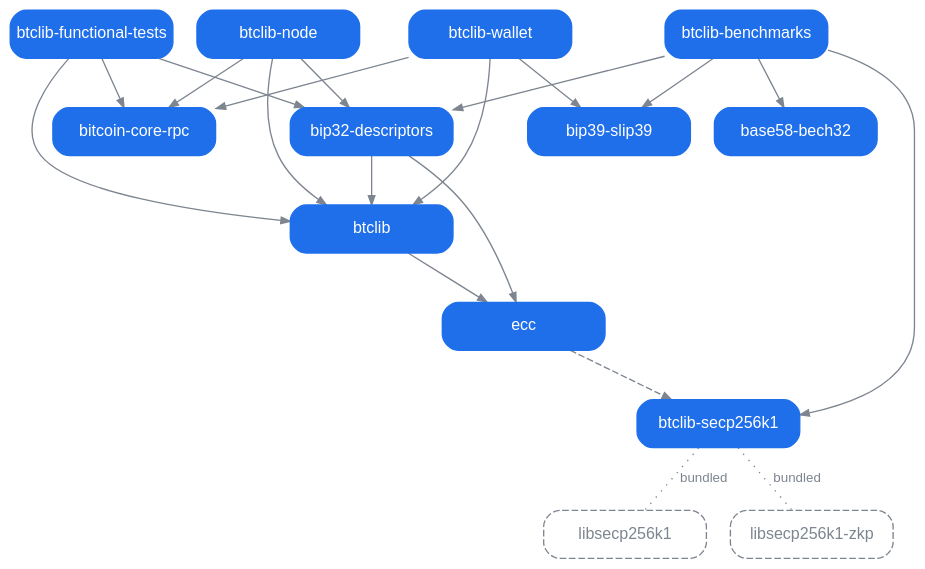
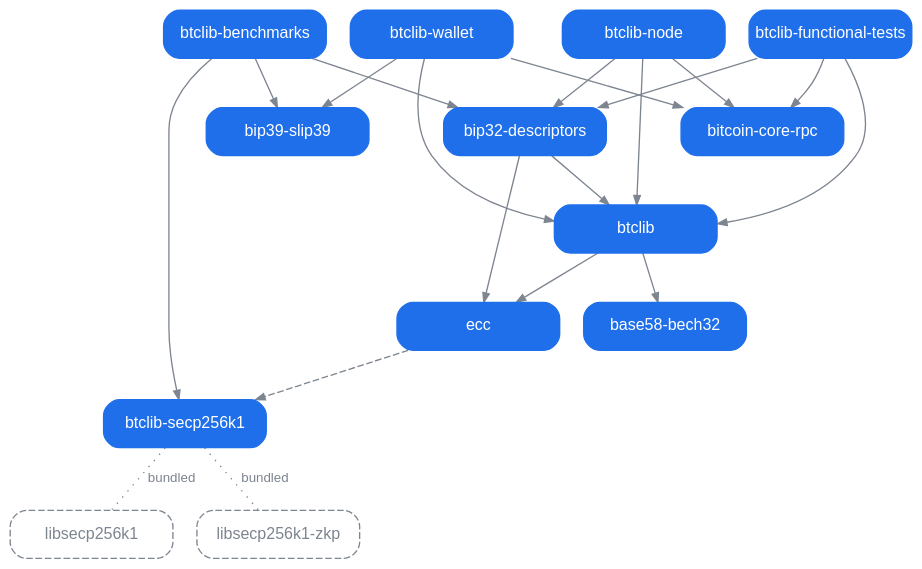
The diagram in profile/dependencies.dot (btclib-org/.github), drawn with Graphviz before and after one commit. The commit also changed 1 other file, not shown here.

Commit message:
Draw btclib's arrow to base58-bech32 (closes #2121) (#2122)
btclib's dependencies require base58-bech32>=2026.10.23 since
PR btclib-org/btclib#2961, and no drawn arrow installed it from btclib.
tests/dependencies_test.py failed with BTCLIB_INTEGRATION set, for
btclib, bip32-descriptors, btclib-functional-tests, btclib-node and
btclib-wallet.

The new arrow is solid. It leaves btclib from the left, runs up the left
of bitcoin-core-rpc and enters base58-bech32 from below.

btclib-benchmarks' arrow to base58-bech32 is removed: btclib-benchmarks
installs it through bip32-descriptors and btclib, and the test refuses
an arrow the others imply.

dependencies.svg is rendered again from the source, by the
render-dependencies hook with @hpcc-js/wasm-graphviz 1.29.2. Its
other elements keep their places: without that arrow's route along the
bottom and the right, the canvas is 5 points shorter and 15 narrower,
and every other y coordinate in the file moves 5 points with it.

```diff
--- a/profile/dependencies.dot
+++ b/profile/dependencies.dot
@@ -1,107 +1,107 @@
 // How the organization's packages depend on each other: the source of
 // dependencies.svg beside it, which profile/README.md shows.
 //
 // A node is the `[project]` name of every tree of the organization that
 // builds a distribution, `[build-system]` being what says it does. A tree
 // that builds none is not drawn, and neither is an arrow into or out of
 // one. A grey dashed outline is not a package of the organization but a C
 // library one of them bundles: the submodule `X` of such a tree is the
 // node `libX`.
 //
 // An arrow points from a project up to what it depends on: solid where
 // `dependencies` in its pyproject.toml names the target, and dashed where
 // only an `optional-dependencies` extra does. An arrow is drawn only
 // where the dependent, bare or with one of its extras, does not already
 // install its target, with the extras it asks of it, through the arrows
 // that are drawn: `btclib-wallet[secp256k1]` asks `btclib[secp256k1]`,
 // which asks `ecc[secp256k1]`, so `btclib-wallet`'s own requirement of
 // `btclib-secp256k1` draws nothing, while `btclib-node` asks
 // `btclib[secp256k1]` and `bip32-descriptors`' `dependencies` ask bare
 // `btclib`, so `btclib-node`'s arrow to `btclib` is drawn beside its
 // arrow to `bip32-descriptors`. The extras are written nowhere, and
 // dependency groups are left out, being what a checkout of the tree
 // installs rather than what a user of the package does. A requirement on
 // a name no tree builds, a retired one included, draws nothing. A dotted
 // line with no arrowhead, labelled `bundled`, joins a package to a C
 // library that is a submodule of its tree, built into the package rather
 // than installed beside it.
 // tests/dependencies_test.py compares this file with every tree's
 // pyproject.toml and .gitmodules, and names every requirement on a
 // retired name.
 //
 // Every position is set by hand and rendered as it stands, by neato with
 // `nop: 2` in .github/scripts/render_dependencies.mjs, which takes the
 // nodes and the edges where they are written. A node's `pos` is its
 // centre in points, y growing upward, and a row is a level: what a
 // package depends on sits above it, in four columns 145 apart. An edge's
 // `pos` is its route as the control points of a spline whose segments
 // are straight, `e,` giving where the arrowhead's tip lands, and a
 // label's `lp` is where it is written. `bip32-descriptors` sits under
 // `btclib` and `btclib-benchmarks` under it, so that the arrows of
 // `btclib-functional-tests` and `btclib-node` into `btclib` pass on
 // either side of `bip32-descriptors`. Every other arrow of
 // `btclib-benchmarks` leaves its box from below and runs round the
 // outside.
 //
 // The colours are for a transparent background under both of GitHub's
 // themes: text sits on the fill of its box, and the grey of the arrows
 // and of the outlined C libraries reads on the light theme's white and
 // the dark theme's near-black.
 digraph dependencies {
     graph [bgcolor="transparent", outputorder=edgesfirst, pad=0.2];
     node [shape=box, style="rounded,filled", color="#1f6feb", fillcolor="#1f6feb",
           fontcolor="#ffffff", fontname="Helvetica", fontsize=12, width=1.7, height=0.5, fixedsize=true];
     edge [color="#7d8590", fontcolor="#7d8590", fontname="Helvetica", fontsize=10, arrowsize=0.7];
 
     "libsecp256k1"     [pos="290,560", style="rounded,dashed", color="#7d8590", fontcolor="#7d8590"];
     "libsecp256k1-zkp" [pos="435,560", style="rounded,dashed", color="#7d8590", fontcolor="#7d8590"];
     "base58-bech32"    [pos="145,560"];
     "bip39-slip39"     [pos="0,560"];
     "bitcoin-core-rpc" [pos="145,460"];
     "btclib-secp256k1" [pos="290,460"];
     "ecc"              [pos="290,360"];
     "btclib"           [pos="290,260"];
     "btclib-wallet"           [pos="0,160"];
     "bip32-descriptors"       [pos="290,160"];
     "btclib-functional-tests" [pos="145,60"];
     "btclib-benchmarks"       [pos="290,60"];
     "btclib-node"             [pos="435,60"];
 
     "btclib-secp256k1" -> "libsecp256k1" [style=dotted, arrowhead=none, label="bundled", lp="262,510",
         pos="290,478 290,478 290,542 290,542"];
     "btclib-secp256k1" -> "libsecp256k1-zkp" [style=dotted, arrowhead=none, label="bundled", lp="463,526",
         pos="320,478 320,478 320,510 320,510 320,510 435,510 435,510 435,510 435,542 435,542"];
     "ecc" -> "btclib-secp256k1" [style=dashed,
         pos="e,290,442 290,378 290,378 290,435 290,435"];
     "btclib" -> "ecc" [pos="e,290,342 290,278 290,278 290,335 290,335"];
+    "btclib" -> "base58-bech32"
+        [pos="e,145,542 229,260 229,260 40,260 40,260 40,260 40,510 40,510 40,510 145,510 145,510 145,510 145,535 145,535"];
     "btclib-wallet" -> "btclib"
         [pos="e,229,270 20,178 20,178 20,270 20,270 20,270 222,270 222,270"];
     "bip32-descriptors" -> "btclib" [
         pos="e,290,242 290,178 290,178 290,235 290,235"];
     "bip32-descriptors" -> "ecc"
         [pos="e,351,360 351,160 351,160 380,160 380,160 380,160 380,360 380,360 380,360 358,360 358,360"];
     "btclib-functional-tests" -> "bip32-descriptors"
         [pos="e,250,142 185,78 185,78 185,110 185,110 185,110 250,110 250,110 250,110 250,135 250,135"];
     "btclib-functional-tests" -> "btclib"
         [pos="e,229,250 165,78 165,78 165,250 165,250 165,250 222,250 222,250"];
     "btclib-functional-tests" -> "bitcoin-core-rpc" [
         pos="e,125,442 125,78 125,78 125,435 125,435"];
     "btclib-benchmarks" -> "bip32-descriptors" [
         pos="e,290,142 290,78 290,78 290,135 290,135"];
     "btclib-node" -> "bip32-descriptors"
         [pos="e,330,142 395,78 395,78 395,110 395,110 395,110 330,110 330,110 330,110 330,135 330,135"];
     "btclib-node" -> "btclib"
         [pos="e,351,250 435,78 435,78 435,250 435,250 435,250 358,250 358,250"];
     "btclib-node" -> "bitcoin-core-rpc"
         [pos="e,185,442 465,78 465,78 465,310 465,310 465,310 185,310 185,310 185,310 185,435 185,435"];
     "btclib-benchmarks" -> "btclib-secp256k1"
         [pos="e,351,460 330,42 330,42 330,25 330,25 330,25 530,25 530,25 530,25 530,460 530,460 530,460 358,460 358,460"];
-    "btclib-benchmarks" -> "base58-bech32"
-        [pos="e,145,578 310,42 310,42 310,15 310,15 310,15 545,15 545,15 545,15 545,600 545,600 545,600 145,600 145,600 145,600 145,585 145,585"];
     "btclib-benchmarks" -> "bip39-slip39"
         [pos="e,0,578 250,42 250,42 250,20 250,20 250,20 -80,20 -80,20 -80,20 -80,610 -80,610 -80,610 0,610 0,610 0,610 0,585 0,585"];
     "btclib-wallet" -> "bitcoin-core-rpc"
         [pos="e,84,460 -20,178 -20,178 -20,460 -20,460 -20,460 77,460 77,460"];
     "btclib-wallet" -> "bip39-slip39"
         [pos="e,-40,542 -40,178 -40,178 -40,535 -40,535"];
 }
```
